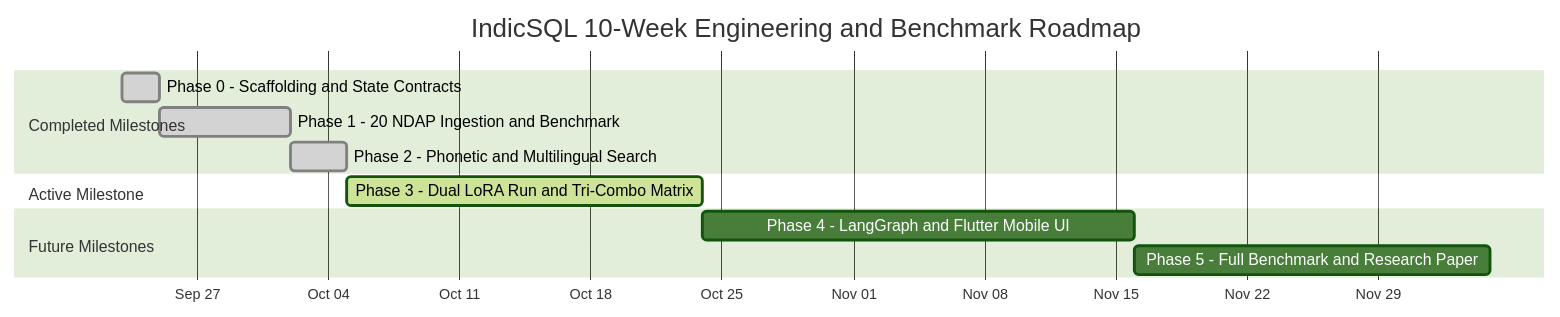
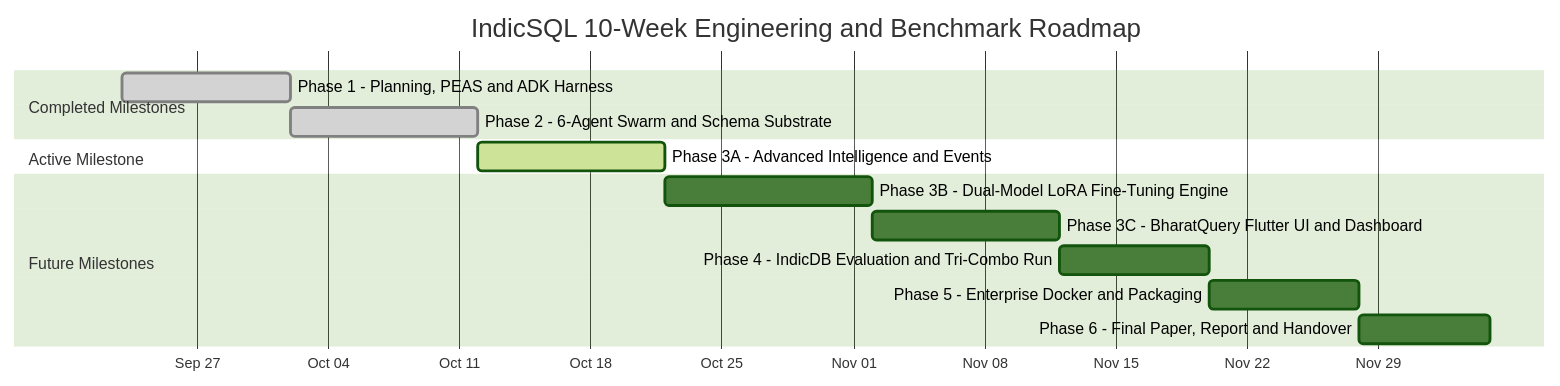
Before and after one commit to ojhaprathmesh/IndicSQL_Repo: diagram 12 of 12 in PLAN.md, drawn with Mermaid (forest theme). The commit also changed other lines of this file, not shown here.

Commit message:
docs(plan): fixed mermaid diagram issues

````diff
--- a/PLAN.md
+++ b/PLAN.md
@@ -836,19 +839,21 @@
 ```mermaid
 gantt
     title IndicSQL 10-Week Engineering and Benchmark Roadmap
     dateFormat  YYYY-MM-DD
     axisFormat  %b %d
     todayMarker stroke-width:3px,stroke:#ff5252,opacity:0.8
     
     section Completed Milestones
-    Phase 0 - Scaffolding and State Contracts   :done, p0, 2026-09-23, 2026-09-25
-    Phase 1 - 20 NDAP Ingestion and Benchmark   :done, p1, 2026-09-25, 2026-10-02
-    Phase 2 - Phonetic and Multilingual Search  :done, p2, 2026-10-02, 2026-10-05
+    Phase 1 - Planning, PEAS and ADK Harness       :done, p1, 2026-09-23, 2026-10-02
+    Phase 2 - 6-Agent Swarm and Schema Substrate   :done, p2, 2026-10-02, 2026-10-12
     
     section Active Milestone
-    Phase 3 - Dual LoRA Run and Tri-Combo Matrix:active, p3, 2026-10-05, 2026-10-24
+    Phase 3A - Advanced Intelligence and Events    :active, p3a, 2026-10-12, 2026-10-22
     
     section Future Milestones
-    Phase 4 - LangGraph and Flutter Mobile UI   :p4, 2026-10-24, 2026-11-16
-    Phase 5 - Full Benchmark and Research Paper :p5, 2026-11-16, 2026-12-05
+    Phase 3B - Dual-Model LoRA Fine-Tuning Engine  :p3b, 2026-10-22, 2026-11-02
+    Phase 3C - BharatQuery Flutter UI and Dashboard:p3c, 2026-11-02, 2026-11-12
+    Phase 4 - IndicDB Evaluation and Tri-Combo Run :p4, 2026-11-12, 2026-11-20
+    Phase 5 - Enterprise Docker and Packaging      :p5, 2026-11-20, 2026-11-28
+    Phase 6 - Final Paper, Report and Handover     :p6, 2026-11-28, 2026-12-05
 ```
````
